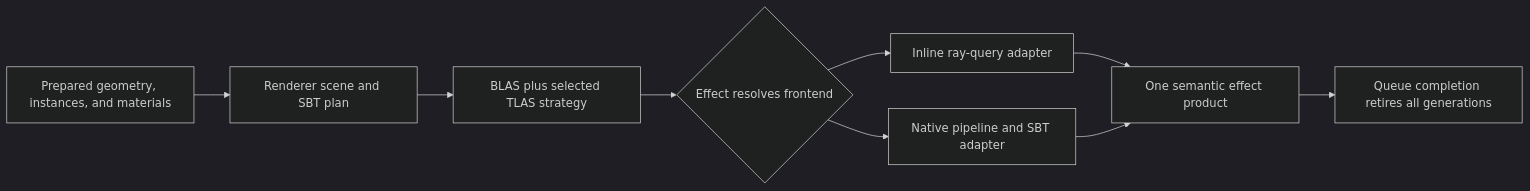
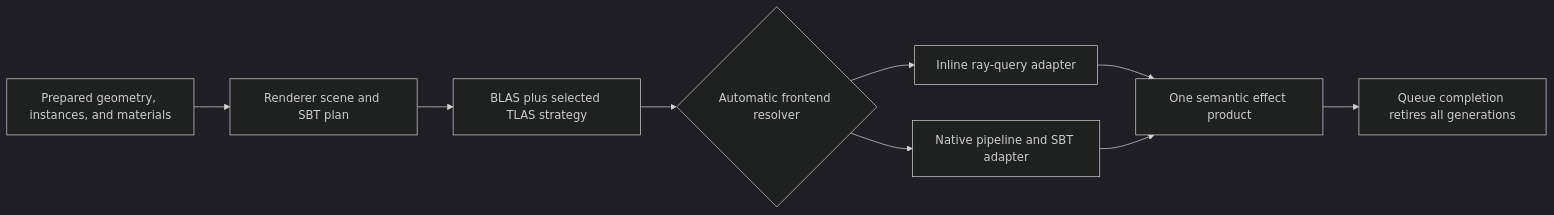
The diagram in Docs/Architecture/Modules/Engine/Renderer/Features/RayTracing/README.md (stoleckipawel/SparkleEngine), drawn with Mermaid (dark theme) before and after one commit. The commit also changed other lines of this file and 71 other files, not shown here.

````diff
--- a/Docs/Architecture/Modules/Engine/Renderer/Features/RayTracing/README.md
+++ b/Docs/Architecture/Modules/Engine/Renderer/Features/RayTracing/README.md
@@ -22,11 +22,11 @@
 ```mermaid
 flowchart LR
     Scene[Prepared geometry, instances, and materials] --> Plan[Renderer scene and SBT plan]
     Plan --> AS[BLAS plus selected TLAS strategy]
-    AS --> Select{Effect resolves frontend}
+    AS --> Select{Automatic frontend resolver}
     Select --> Inline[Inline ray-query adapter]
     Select --> Pipeline[Native pipeline and SBT adapter]
     Inline --> Product[One semantic effect product]
     Pipeline --> Product
     Product --> Complete[Queue completion retires all generations]
 ```
````
